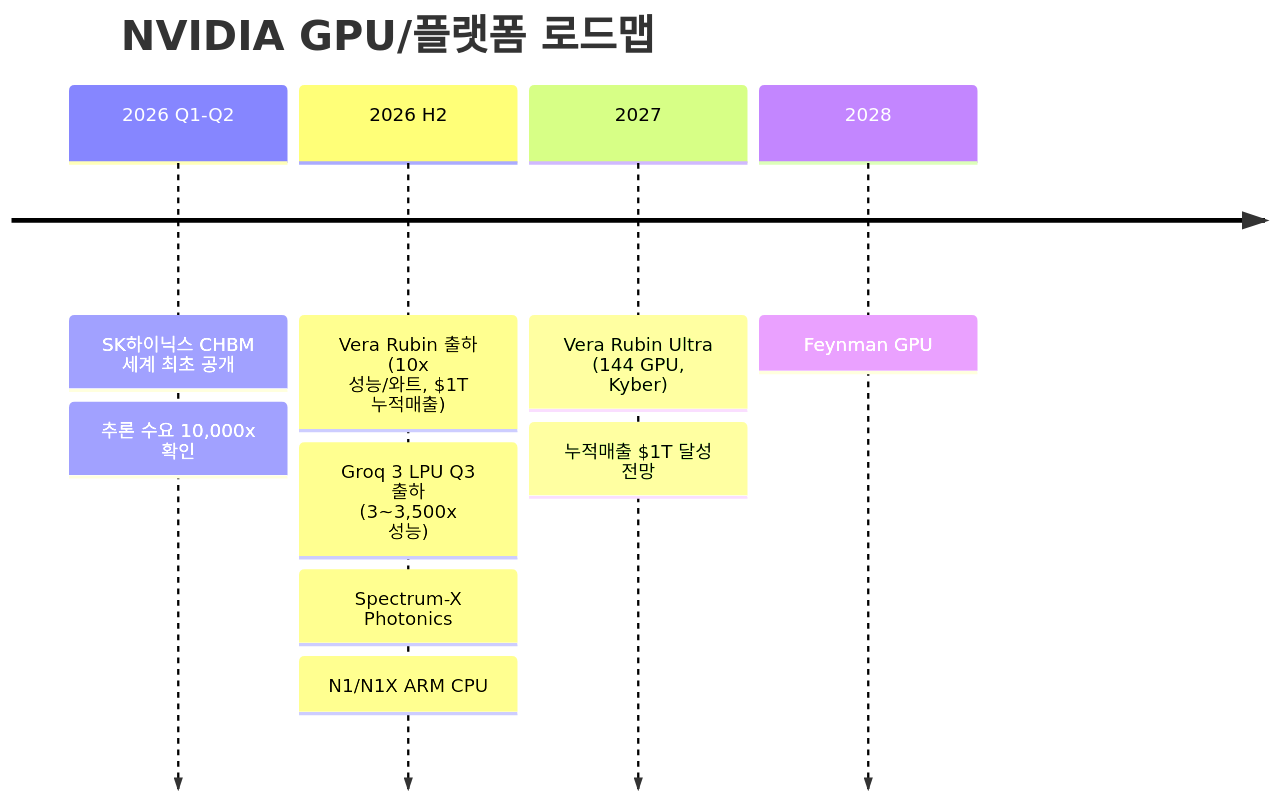
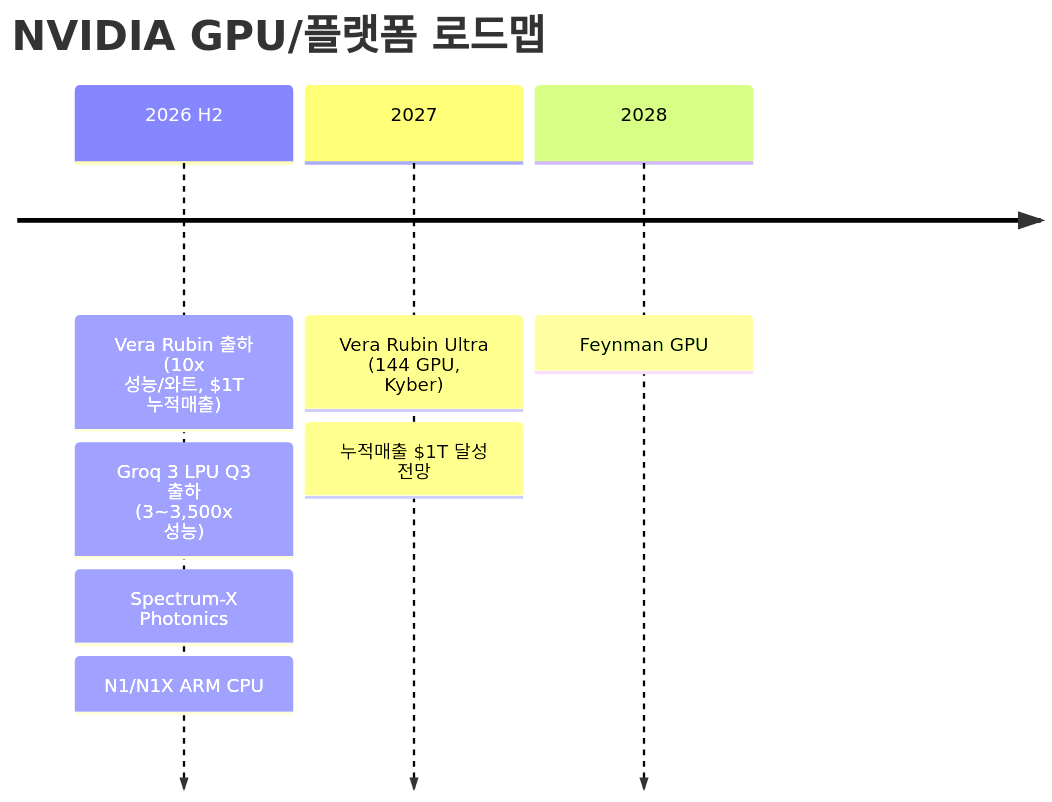
One commit to dss99911/dss99911.github.io changed the diagram in _posts/knowledge/invest/2026-01-17-semiconductor-sector-outlook-2026.md. Above: the diagram before and after it, drawn with Mermaid. The commit also changed other lines of this file, not shown here.

````diff
--- a/_posts/knowledge/invest/2026-01-17-semiconductor-sector-outlook-2026.md
+++ b/_posts/knowledge/invest/2026-01-17-semiconductor-sector-outlook-2026.md
@@ -536,13 +402,11 @@
 ```mermaid
 timeline
     title NVIDIA GPU/플랫폼 로드맵
-    2026 Q1-Q2 : SK하이닉스 CHBM 세계 최초 공개
-                : 추론 수요 10,000x 확인
     2026 H2 : Vera Rubin 출하 #40;10x 성능/와트, $1T 누적매출#41;
              : Groq 3 LPU Q3 출하 #40;3~3,500x 성능#41;
              : Spectrum-X Photonics
              : N1/N1X ARM CPU
     2027    : Vera Rubin Ultra #40;144 GPU, Kyber#41;
              : 누적매출 $1T 달성 전망
     2028    : Feynman GPU
 ```
````
